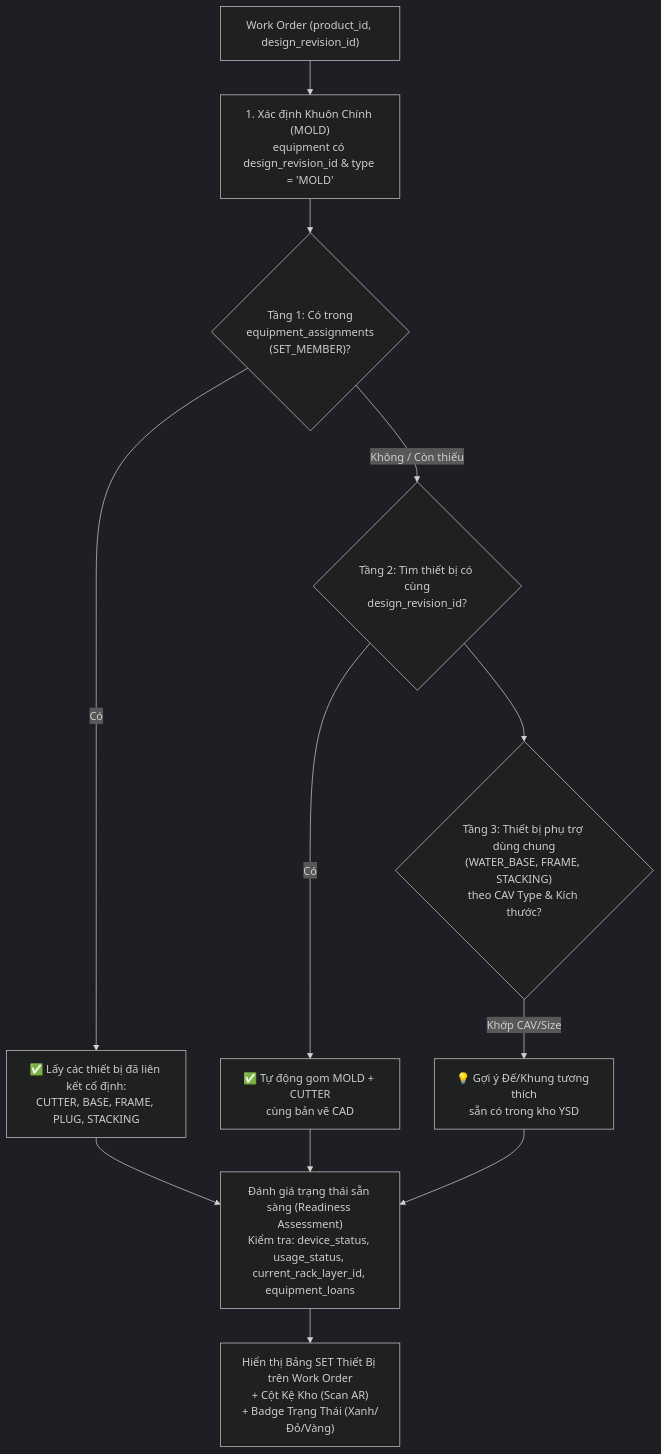
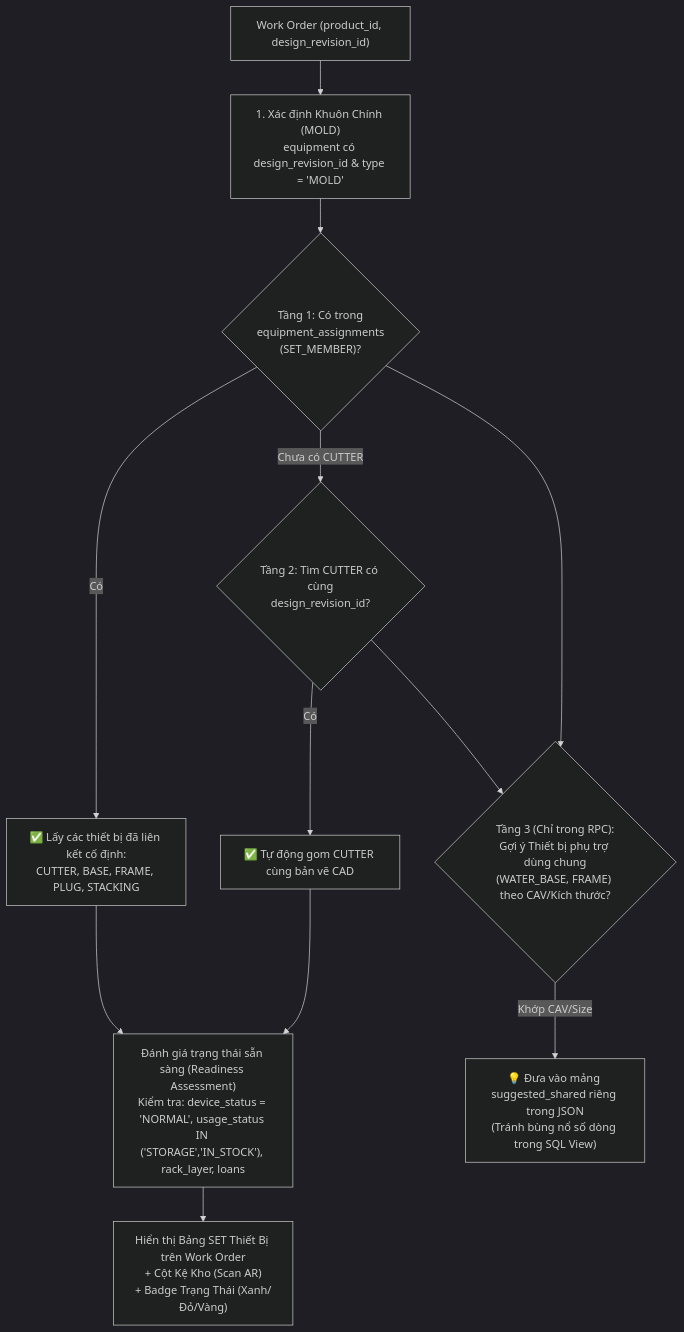
Before and after one commit to toanysd/ysdms-next: the diagram in docs/adr/ADR-010_work_order_equipment_set_resolution.md, drawn with Mermaid (dark theme). The commit also changed other lines of this file and 1 other file, not shown here.

Commit message:
fix(adr-010): correct device_status value & clarify Tier-2/3 separation

````diff
--- a/docs/adr/ADR-010_work_order_equipment_set_resolution.md
+++ b/docs/adr/ADR-010_work_order_equipment_set_resolution.md
@@ -45,21 +46,21 @@
 ```mermaid
 flowchart TD
     WO["Work Order (product_id, design_revision_id)"] --> MOLD["1. Xác định Khuôn Chính (MOLD)\nequipment có design_revision_id & type = 'MOLD'"]
     
     MOLD --> T1{"Tầng 1: Có trong\nequipment_assignments\n(SET_MEMBER)?"}
     
     T1 -- Có --> SET1["✅ Lấy các thiết bị đã liên kết cố định:\nCUTTER, BASE, FRAME, PLUG, STACKING"]
     
-    T1 -- Không / Còn thiếu --> T2{"Tầng 2: Tìm thiết bị có cùng\ndesign_revision_id?"}
+    T1 -- Chưa có CUTTER --> T2{"Tầng 2: Tìm CUTTER có cùng\ndesign_revision_id?"}
     
-    T2 -- Có --> SET2["✅ Tự động gom MOLD + CUTTER\ncùng bản vẽ CAD"]
+    T2 -- Có --> SET2["✅ Tự động gom CUTTER cùng bản vẽ CAD"]
     
-    T2 --> T3{"Tầng 3: Thiết bị phụ trợ dùng chung\n(WATER_BASE, FRAME, STACKING)\ntheo CAV Type & Kích thước?"}
+    T1 --> T3{"Tầng 3 (Chỉ trong RPC):\nGợi ý Thiết bị phụ trợ dùng chung\n(WATER_BASE, FRAME) theo CAV/Kích thước?"}
+    T2 --> T3
     
-    T3 -- Khớp CAV/Size --> SET3["💡 Gợi ý Đế/Khung tương thích\nsẵn có trong kho YSD"]
+    T3 -- Khớp CAV/Size --> SUGGEST["💡 Đưa vào mảng suggested_shared riêng trong JSON\n(Tránh bùng nổ số dòng trong SQL View)"]
     
-    SET1 --> EVAL["Đánh giá trạng thái sẵn sàng (Readiness Assessment)\nKiểm tra: device_status, usage_status, current_rack_layer_id, equipment_loans"]
+    SET1 --> EVAL["Đánh giá trạng thái sẵn sàng (Readiness Assessment)\nKiểm tra: device_status = 'NORMAL', usage_status IN ('STORAGE','IN_STOCK'), rack_layer, loans"]
     SET2 --> EVAL
-    SET3 --> EVAL
     EVAL --> UI["Hiển thị Bảng SET Thiết Bị trên Work Order\n+ Cột Kệ Kho (Scan AR)\n+ Badge Trạng Thái (Xanh/Đỏ/Vàng)"]
 ```
````
